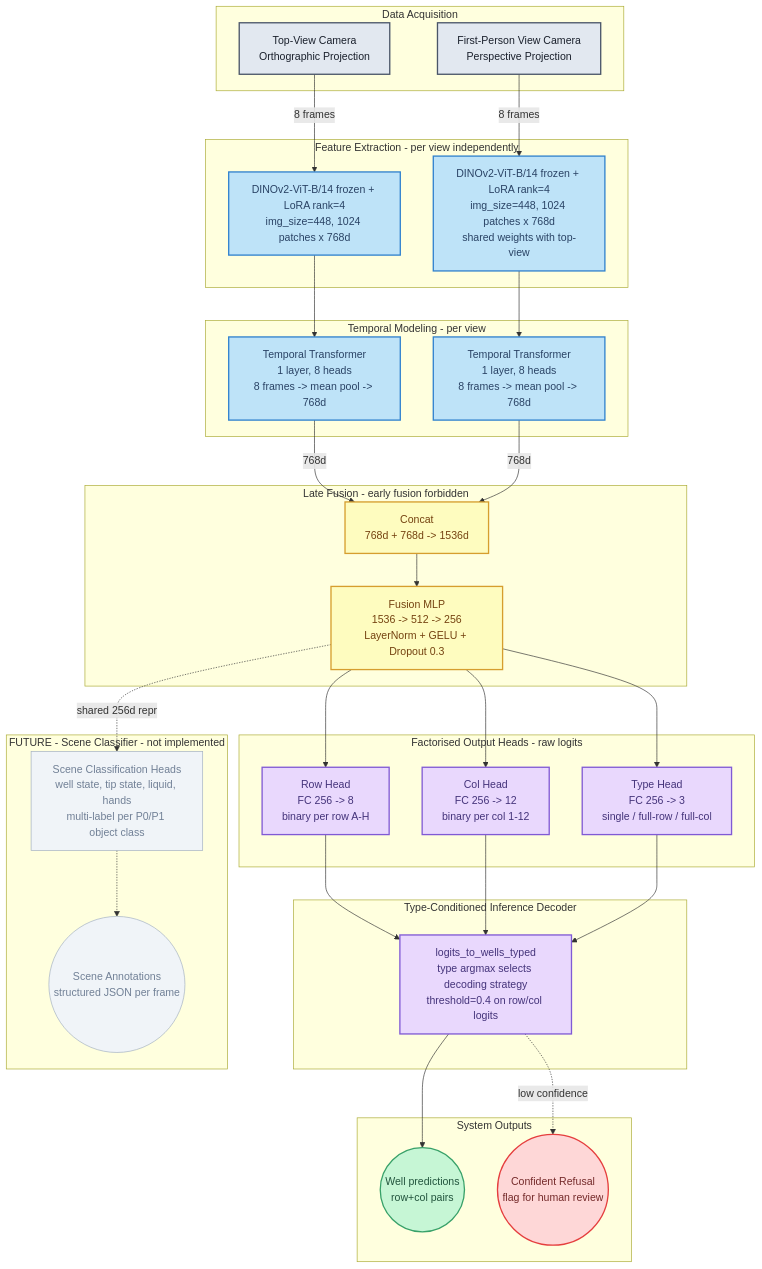
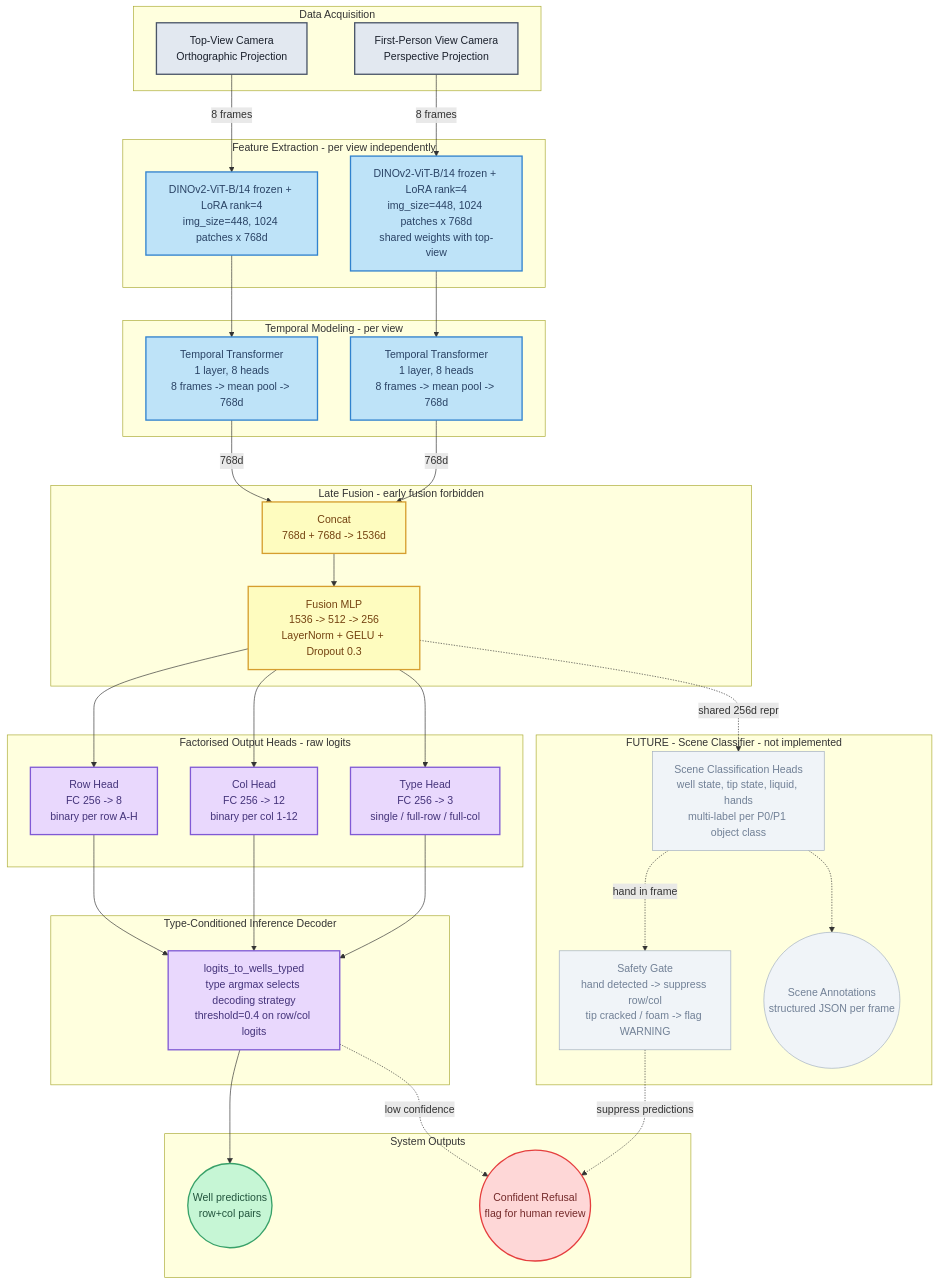
The diagram in docs/ARCHITECURE_DIAGRAM.md (linwoes/pipette-well-challenge), drawn with Mermaid before and after one commit. The commit also changed other lines of this file and 1 other file, not shown here.

Commit message:
docs: add Scene Classifier design rationale and safety gate
- ARCHITECTURE.md: new "Why This Placement" subsection with three
  explicit arguments: zero latency impact (linear heads on shared 256d
  activations), multimodal consistency (grounded in same features as
  well heads), and safety gating logic (hand-in-frame suppresses
  row/col predictions)
- ARCHITECURE_DIAGRAM.md: add SC_GATE node showing the gate path from
  scene classifier back to REFUSAL output; add dotted "suppress
  predictions" edge; update legend to note dotted edges

````diff
--- a/docs/ARCHITECURE_DIAGRAM.md
+++ b/docs/ARCHITECURE_DIAGRAM.md
@@ -1,38 +1,38 @@
 ```mermaid
 graph TD
     subgraph Inputs ["Data Acquisition"]
-        TV[Top-View Camera\nOrthographic Projection]
-        FPV[First-Person View Camera\nPerspective Projection]
+        TV[Top-View Camera<br/>Orthographic Projection]
+        FPV[First-Person View Camera<br/>Perspective Projection]
     end
 
     subgraph FeatureExtraction ["Feature Extraction - per view independently"]
-        DINO_TV[DINOv2-ViT-B/14 frozen + LoRA rank=4\nimg_size=448, 1024 patches x 768d]
-        DINO_FPV[DINOv2-ViT-B/14 frozen + LoRA rank=4\nimg_size=448, 1024 patches x 768d\nshared weights with top-view]
+        DINO_TV[DINOv2-ViT-B/14 frozen + LoRA rank=4<br/>img_size=448, 1024 patches x 768d]
+        DINO_FPV[DINOv2-ViT-B/14 frozen + LoRA rank=4<br/>img_size=448, 1024 patches x 768d<br/>shared weights with top-view]
     end
 
     subgraph TemporalProcessing ["Temporal Modeling - per view"]
-        TEMP_TV[Temporal Transformer\n1 layer, 8 heads\n8 frames -> mean pool -> 768d]
-        TEMP_FPV[Temporal Transformer\n1 layer, 8 heads\n8 frames -> mean pool -> 768d]
+        TEMP_TV[Temporal Transformer<br/>1 layer, 8 heads<br/>8 frames -&gt; mean pool -&gt; 768d]
+        TEMP_FPV[Temporal Transformer<br/>1 layer, 8 heads<br/>8 frames -&gt; mean pool -&gt; 768d]
     end
 
     subgraph LateFusion ["Late Fusion - early fusion forbidden"]
-        CONCAT[Concat\n768d + 768d -> 1536d]
-        MLP[Fusion MLP\n1536 -> 512 -> 256\nLayerNorm + GELU + Dropout 0.3]
+        CONCAT[Concat<br/>768d + 768d -&gt; 1536d]
+        MLP[Fusion MLP<br/>1536 -&gt; 512 -&gt; 256<br/>LayerNorm + GELU + Dropout 0.3]
     end
 
     subgraph OutputHeads ["Factorised Output Heads - raw logits"]
-        ROW_HEAD[Row Head\nFC 256 -> 8\nbinary per row A-H]
-        COL_HEAD[Col Head\nFC 256 -> 12\nbinary per col 1-12]
-        TYPE_HEAD[Type Head\nFC 256 -> 3\nsingle / full-row / full-col]
+        ROW_HEAD[Row Head<br/>FC 256 -&gt; 8<br/>binary per row A-H]
+        COL_HEAD[Col Head<br/>FC 256 -&gt; 12<br/>binary per col 1-12]
+        TYPE_HEAD[Type Head<br/>FC 256 -&gt; 3<br/>single / full-row / full-col]
     end
 
     subgraph Decoder ["Type-Conditioned Inference Decoder"]
-        DECODE[logits_to_wells_typed\ntype argmax selects decoding strategy\nthreshold=0.4 on row/col logits]
+        DECODE[logits_to_wells_typed<br/>type argmax selects decoding strategy<br/>threshold=0.4 on row/col logits]
     end
 
     subgraph Outputs ["System Outputs"]
-        WELLS((Well predictions\nrow+col pairs))
-        REFUSAL((Confident Refusal\nflag for human review))
+        WELLS((Well predictions<br/>row+col pairs))
+        REFUSAL((Confident Refusal<br/>flag for human review))
     end
 
     TV --> |8 frames| DINO_TV
@@ -58,12 +58,15 @@
     DECODE -.-> |low confidence| REFUSAL
 
     subgraph SceneClassifier ["FUTURE - Scene Classifier - not implemented"]
-        SC_HEAD[Scene Classification Heads\nwell state, tip state, liquid, hands\nmulti-label per P0/P1 object class]
-        SC_OUT((Scene Annotations\nstructured JSON per frame))
+        SC_HEAD[Scene Classification Heads<br/>well state, tip state, liquid, hands<br/>multi-label per P0/P1 object class]
+        SC_GATE[Safety Gate<br/>hand detected -&gt; suppress row/col<br/>tip cracked / foam -&gt; flag WARNING]
+        SC_OUT((Scene Annotations<br/>structured JSON per frame))
     end
 
     MLP -.-> |shared 256d repr| SC_HEAD
     SC_HEAD -.-> SC_OUT
+    SC_HEAD -.-> |hand in frame| SC_GATE
+    SC_GATE -.-> |suppress predictions| REFUSAL
 
     classDef input fill:#e2e8f0,stroke:#4a5568,stroke-width:2px,color:#1a202c
     classDef model fill:#bee3f8,stroke:#3182ce,stroke-width:2px,color:#2a4365
@@ -79,5 +82,5 @@
     class ROW_HEAD,COL_HEAD,TYPE_HEAD,DECODE head
     class WELLS output_pass
     class REFUSAL output_fail
-    class SC_HEAD,SC_OUT future
+    class SC_HEAD,SC_GATE,SC_OUT future
 ```
````
